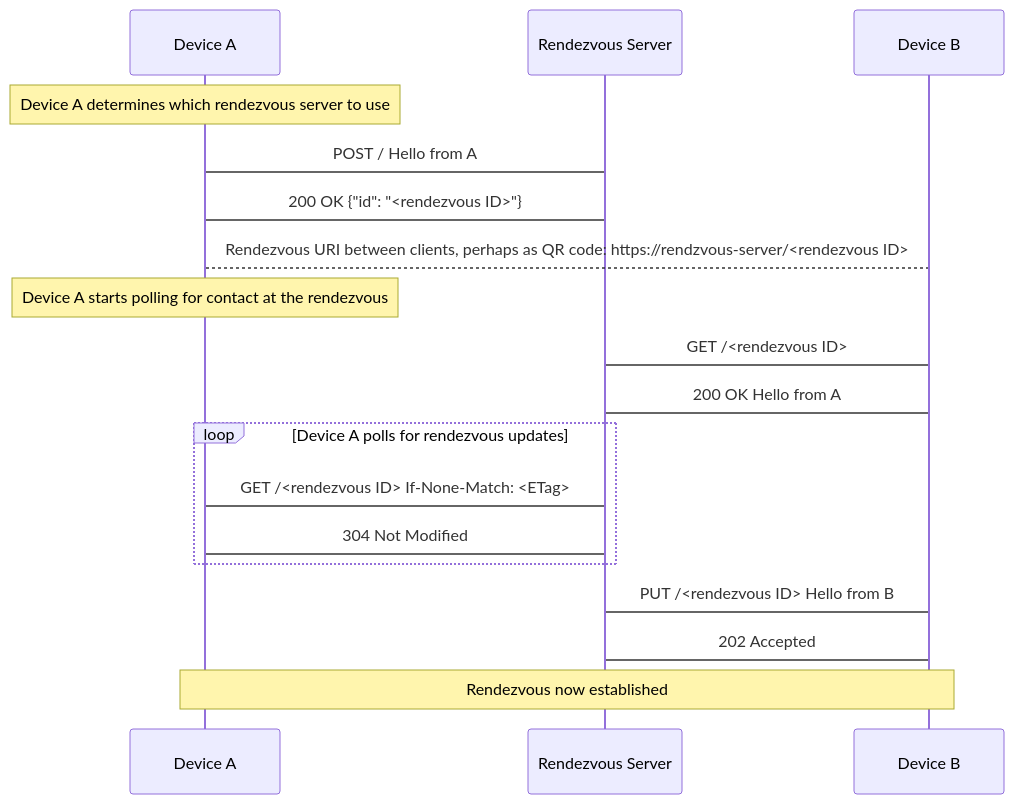
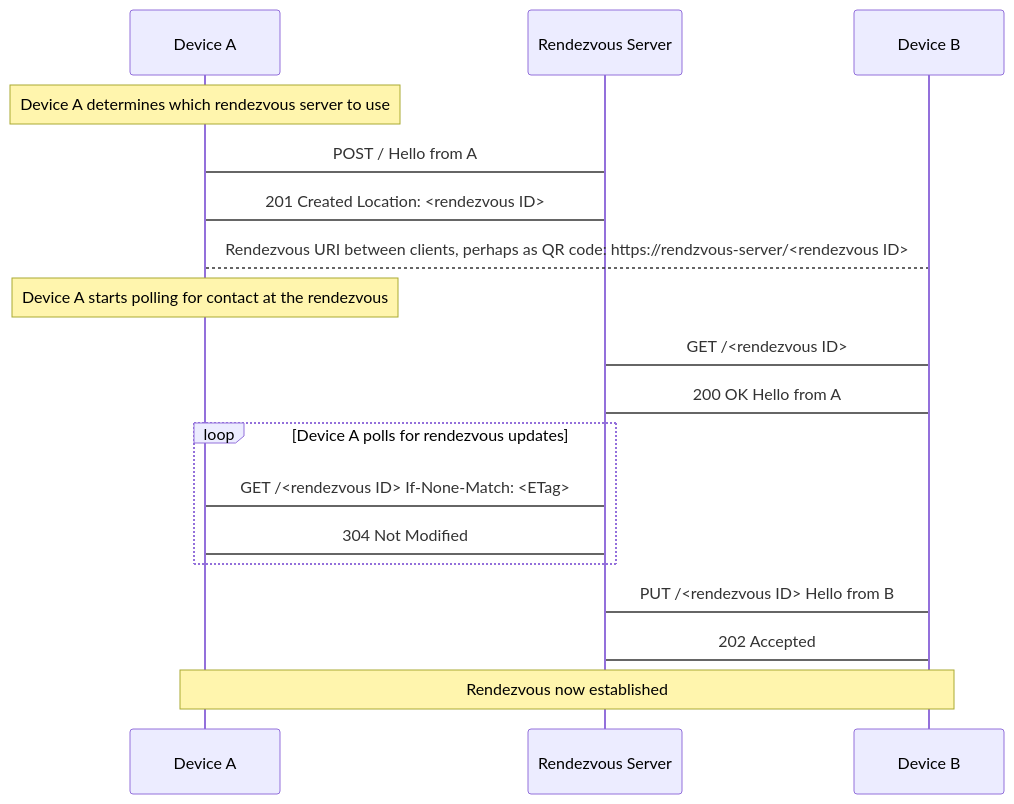
Before and after one commit to matrix-org/matrix-spec-proposals: the diagram in proposals/3886-simple-rendezvous-capability.md, drawn with Mermaid. The commit also changed other lines of this file, not shown here.

````diff
--- a/proposals/3886-simple-rendezvous-capability.md
+++ b/proposals/3886-simple-rendezvous-capability.md
@@ -27,28 +27,28 @@
 ```mermaid
 
 sequenceDiagram
   participant A as Device A
   participant R as Rendezvous Server
   participant B as Device B
   Note over A: Device A determines which rendezvous server to use
 
   A->R: POST / Hello from A
-  R->A: 200 OK {"id": "<rendezvous ID>"}
+  R->A: 201 Created Location: <rendezvous ID>
 
   A-->B: Rendezvous URI between clients, perhaps as QR code: https://rendzvous-server/<rendezvous ID>
 
   Note over A: Device A starts polling for contact at the rendezvous
 
   B->R: GET /<rendezvous ID>
   R->B: 200 OK Hello from A
 
   loop Device A polls for rendezvous updates
     A->R: GET /<rendezvous ID> If-None-Match: <ETag>
     R->A: 304 Not Modified
   end
 
   B->R: PUT /<rendezvous ID> Hello from B
   R->B: 202 Accepted 
 
   Note over A,B: Rendezvous now established
 ```
````
